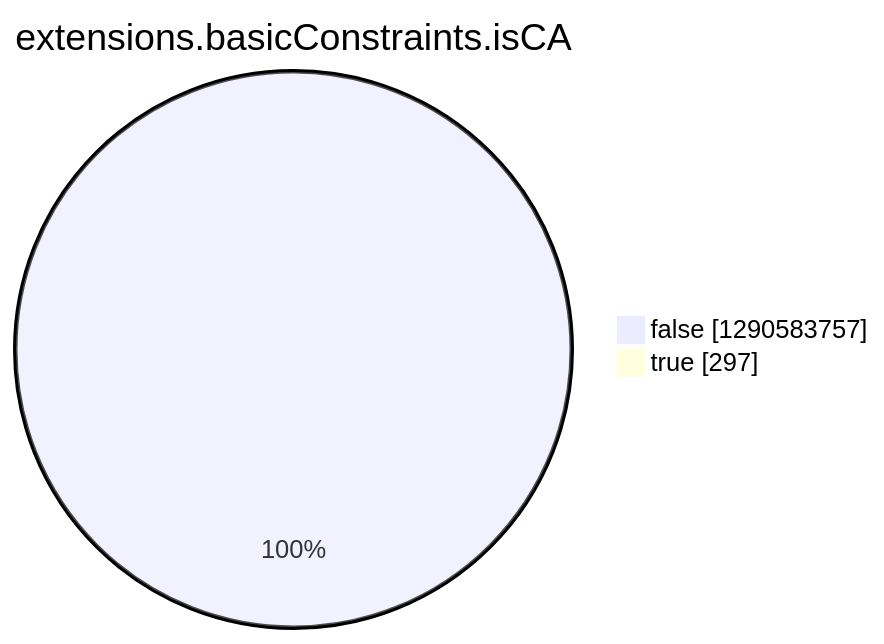
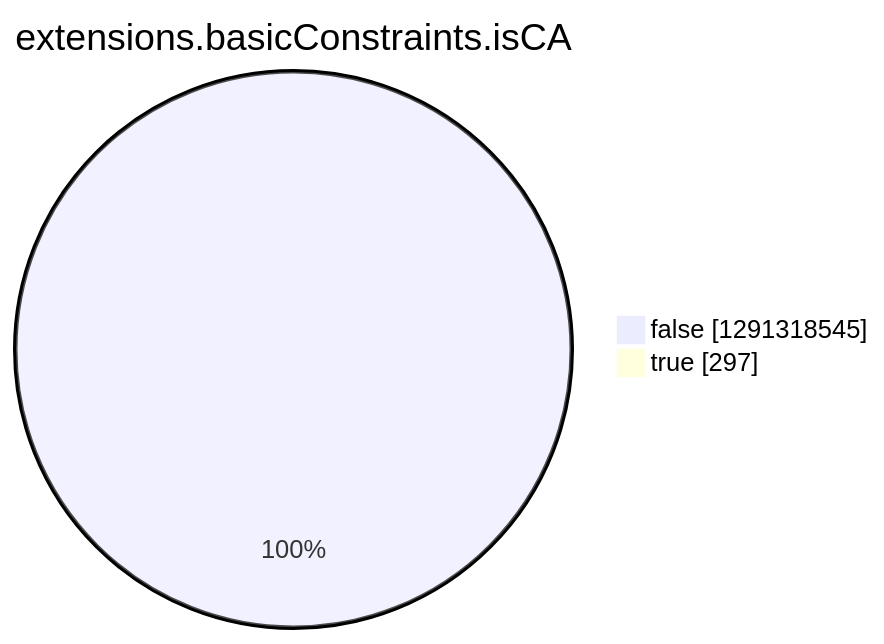
The eighth of 15 diagrams in argon2022/README.md (christiankrug/ctmonitor_visualization), drawn with Mermaid before and after one commit. The commit also changed other lines of this file, not shown here.

````diff
--- a/argon2022/README.md
+++ b/argon2022/README.md
@@ -2756,6 +2756,6 @@
 ```mermaid
 pie showData
 title extensions.basicConstraints.isCA
-"false" :1290583757
+"false" :1291318545
 "true" :297
 ```
````
